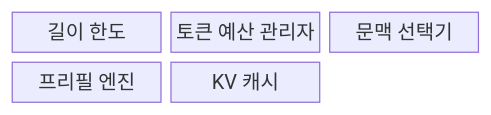
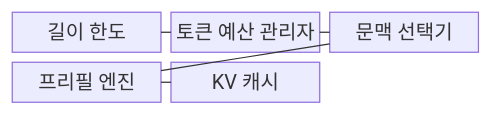
The first of 2 diagrams in src/content/docs/notes/08-latest-tech/033_context_window.md (agnusdei1207/knowledge-base), drawn with Mermaid before and after one commit. The commit also changed other lines of this file and 228 other files, not shown here.

````diff
--- a/src/content/docs/notes/08-latest-tech/033_context_window.md
+++ b/src/content/docs/notes/08-latest-tech/033_context_window.md
@@ -56,9 +56,13 @@
 ```mermaid
 block-beta
     columns 3
     L["길이 한도"]
     B["토큰 예산 관리자"]
     S["문맥 선택기"]
     P["프리필 엔진"]
     K["KV 캐시"]
+    L --- B
+    B --- S
+    S --- P
+    P --- K
 ```
````
